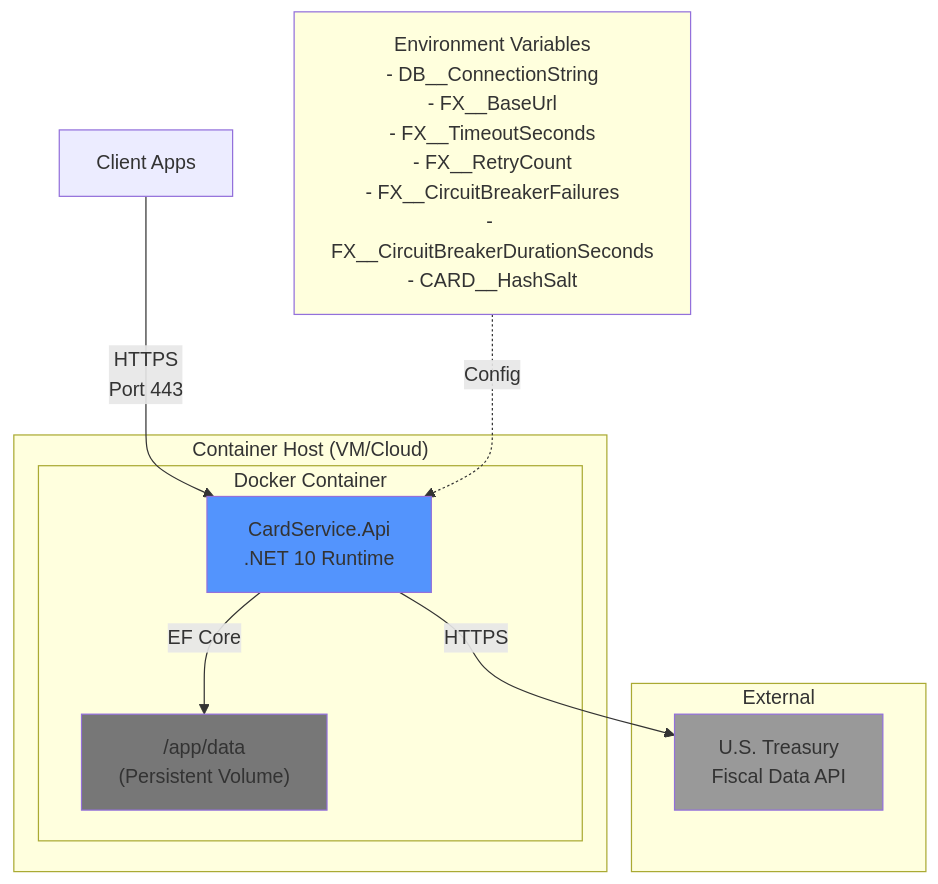
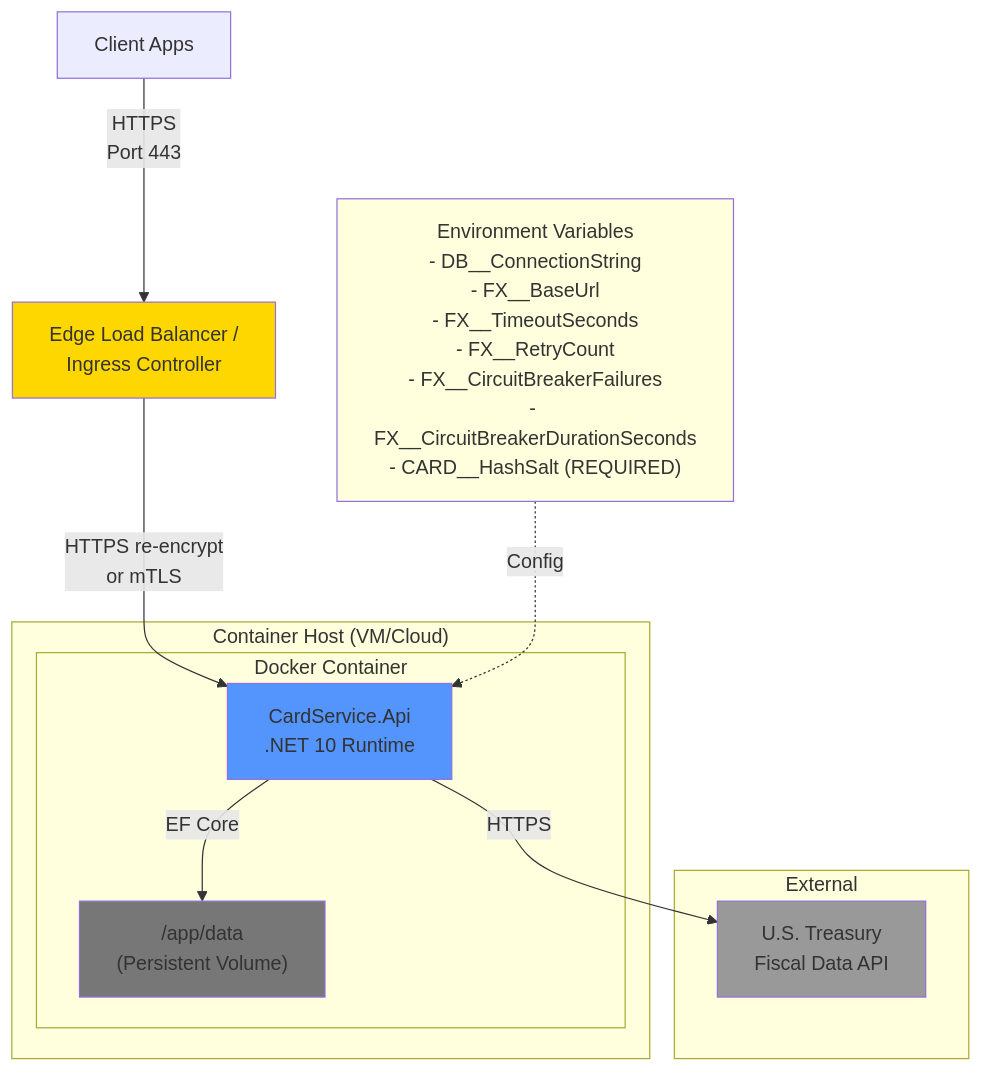
Before and after one commit to timshel-debug/card-ledger: the second of 2 diagrams in docs/diagrams/04-deployment.md, drawn with Mermaid. The commit also changed other lines of this file and 3 other files, not shown here.

````diff
--- a/docs/diagrams/04-deployment.md
+++ b/docs/diagrams/04-deployment.md
@@ -41,24 +41,29 @@
 ```mermaid
 graph TB
     subgraph "Container Host (VM/Cloud)"
         subgraph "Docker Container"
             api["CardService.Api<br/>.NET 10 Runtime"]
             volume["/app/data<br/>(Persistent Volume)"]
             api -->|EF Core| volume
         end
     end
     
     subgraph "External"
         treasury["U.S. Treasury<br/>Fiscal Data API"]
     end
     
-    client["Client Apps"] -->|HTTPS<br/>Port 443| api
+    lb["Edge Load Balancer /<br/>Ingress Controller"]
+    client["Client Apps"]
+    
+    client -->|HTTPS<br/>Port 443| lb
+    lb -->|HTTPS re-encrypt<br/>or mTLS| api
     api -->|HTTPS| treasury
     
-    env["Environment Variables<br/>- DB__ConnectionString<br/>- FX__BaseUrl<br/>- FX__TimeoutSeconds<br/>- FX__RetryCount<br/>- FX__CircuitBreakerFailures<br/>- FX__CircuitBreakerDurationSeconds<br/>- CARD__HashSalt"] -.->|Config| api
+    env["Environment Variables<br/>- DB__ConnectionString<br/>- FX__BaseUrl<br/>- FX__TimeoutSeconds<br/>- FX__RetryCount<br/>- FX__CircuitBreakerFailures<br/>- FX__CircuitBreakerDurationSeconds<br/>- CARD__HashSalt (REQUIRED)"] -.->|Config| api
     
     style api fill:#5394fd
     style volume fill:#777
     style treasury fill:#999
     style env fill:#ffd
+    style lb fill:#FFD700
 ```
````
